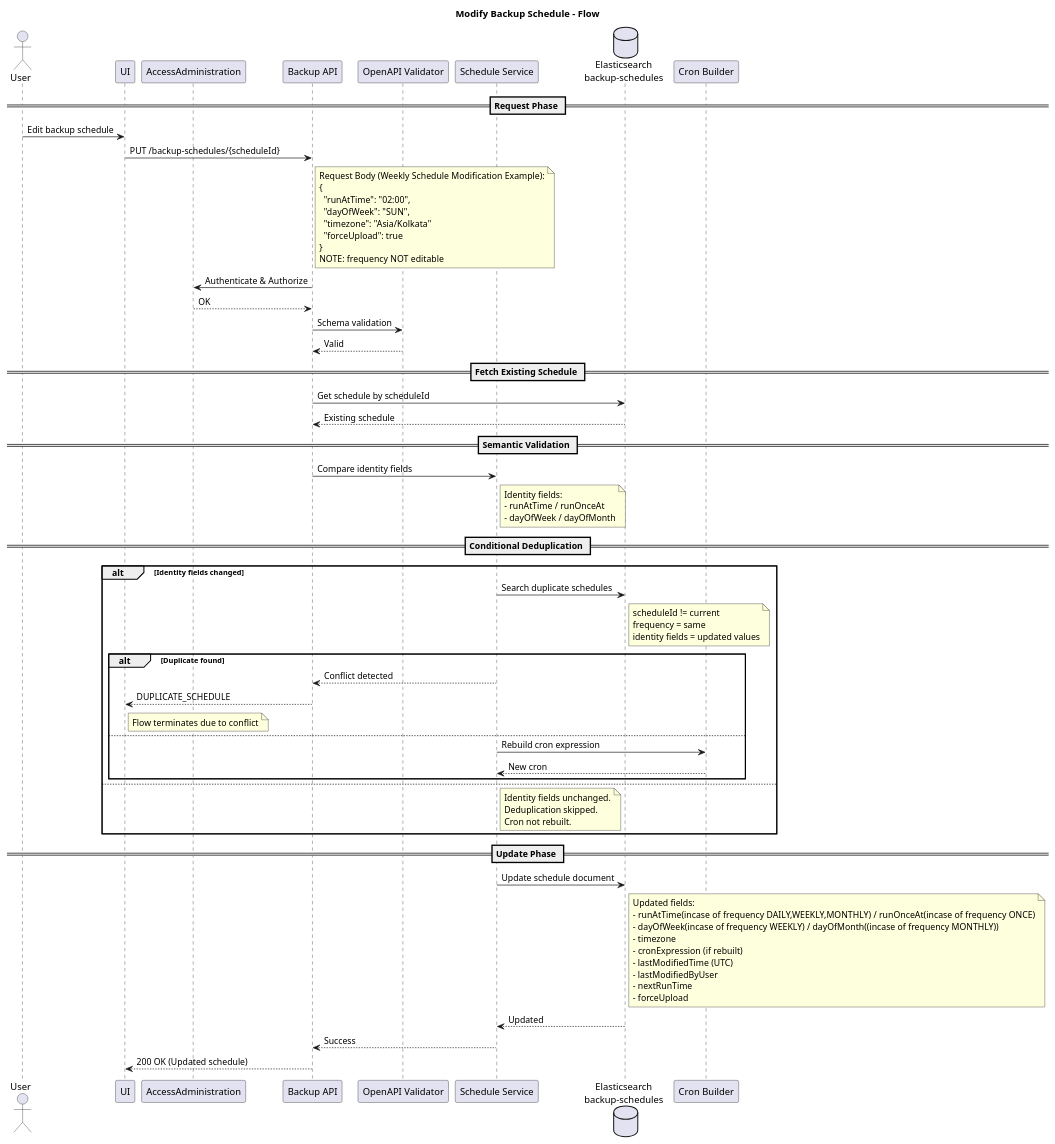
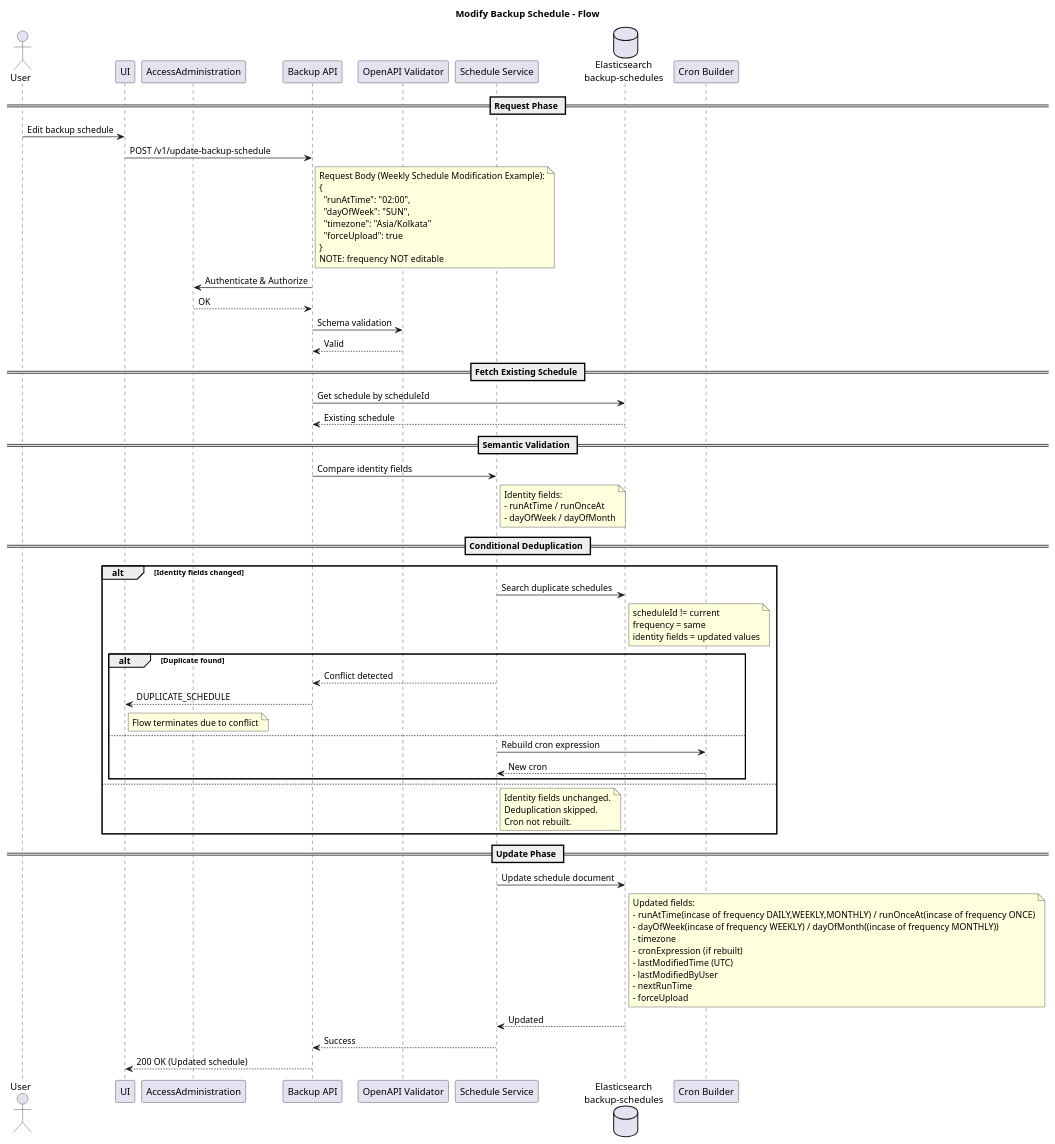
One commit to openBackhaul/_BackupAndRestore changed the diagram in spec/diagrams/BackupScheduleModify/BackupScheduleModifyPlantuml.plantuml. Above: the diagram before and after it, drawn with PlantUML. The commit also changed 17 other files, not shown here.

Commit message:
Modify Diagrams

```diff
--- a/spec/diagrams/BackupScheduleModify/BackupScheduleModifyPlantuml.plantuml
+++ b/spec/diagrams/BackupScheduleModify/BackupScheduleModifyPlantuml.plantuml
@@ -1,98 +1,98 @@
 @startuml
 title Modify Backup Schedule – Flow
 
 actor User
 participant UI
 participant "AccessAdministration" as Auth
 participant "Backup API" as API
 participant "OpenAPI Validator" as OAV
 participant "Schedule Service" as Service
 database "Elasticsearch\nbackup-schedules" as ES
 participant "Cron Builder" as Cron
 
 == Request Phase ==
 
 User -> UI : Edit backup schedule
-UI -> API : PUT /backup-schedules/{scheduleId}
+UI -> API : POST /v1/update-backup-schedule
 
 note right of API
 Request Body (Weekly Schedule Modification Example):
 {
   "runAtTime": "02:00",
   "dayOfWeek": "SUN",
   "timezone": "Asia/Kolkata"
   "forceUpload": true
 }
 NOTE: frequency NOT editable
 end note
 
 API -> Auth : Authenticate & Authorize
 Auth --> API : OK
 
 API -> OAV : Schema validation
 OAV --> API : Valid
 
 == Fetch Existing Schedule ==
 
 API -> ES : Get schedule by scheduleId
 ES --> API : Existing schedule
 
 == Semantic Validation ==
 
 API -> Service : Compare identity fields
 
 note right of Service
 Identity fields:
 - runAtTime / runOnceAt
 - dayOfWeek / dayOfMonth
 end note
 
 == Conditional Deduplication ==
 
 alt Identity fields changed
   Service -> ES : Search duplicate schedules
   note right of ES
   scheduleId != current
   frequency = same
   identity fields = updated values
   end note
 
   alt Duplicate found
     Service --> API : Conflict detected
     API --> UI : DUPLICATE_SCHEDULE
     note right of UI
     Flow terminates due to conflict
     end note
   else
     Service -> Cron : Rebuild cron expression
     Cron --> Service : New cron
   end
 
 else
   note right of Service
   Identity fields unchanged.
   Deduplication skipped.
   Cron not rebuilt.
   end note
 end
 
 == Update Phase ==
 
 Service -> ES : Update schedule document
 note right of ES
 Updated fields:
 - runAtTime(incase of frequency DAILY,WEEKLY,MONTHLY) / runOnceAt(incase of frequency ONCE)
 - dayOfWeek(incase of frequency WEEKLY) / dayOfMonth((incase of frequency MONTHLY))
 - timezone
 - cronExpression (if rebuilt)
 - lastModifiedTime (UTC)
 - lastModifiedByUser
 - nextRunTime
 - forceUpload
 end note
 
 ES --> Service : Updated
 Service --> API : Success
 API --> UI : 200 OK (Updated schedule)
 
 @enduml
```
